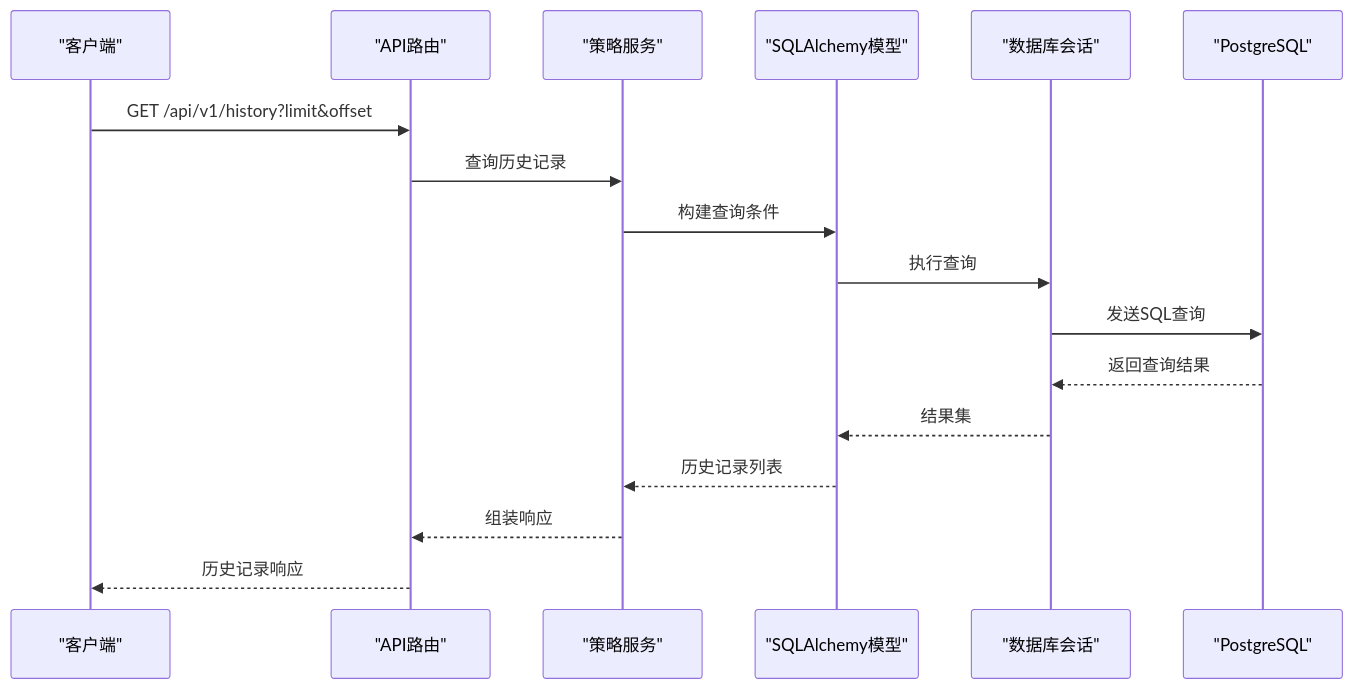
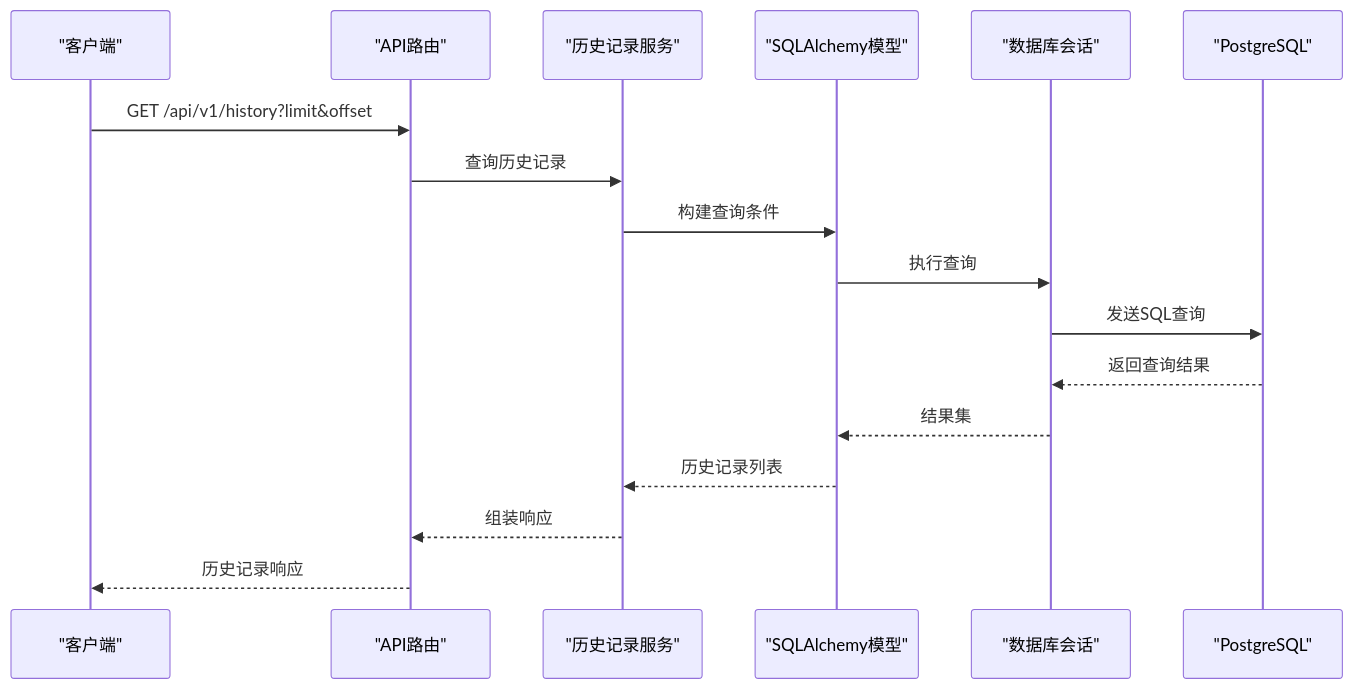
Before and after one commit to raymodny-ai/The-Modern-Turtle-Protocol: the second of 8 diagrams in .qoder/repowiki/zh/content/核心功能模块/历史记录模块.md, drawn with Mermaid. The commit also changed other lines of this file and 15 other files, not shown here.

````diff
--- a/.qoder/repowiki/zh/content/核心功能模块/历史记录模块.md
+++ b/.qoder/repowiki/zh/content/核心功能模块/历史记录模块.md
@@ -87,19 +106,19 @@
 ```mermaid
 sequenceDiagram
 participant Client as "客户端"
 participant API as "API路由"
-participant Service as "策略服务"
+participant Service as "历史记录服务"
 participant ORM as "SQLAlchemy模型"
 participant Session as "数据库会话"
 participant DB as "PostgreSQL"
 Client->>API : GET /api/v1/history?limit&offset
 API->>Service : 查询历史记录
 Service->>ORM : 构建查询条件
 ORM->>Session : 执行查询
 Session->>DB : 发送SQL查询
 DB-->>Session : 返回查询结果
 Session-->>ORM : 结果集
 ORM-->>Service : 历史记录列表
 Service-->>API : 组装响应
 API-->>Client : 历史记录响应
 ```
````
